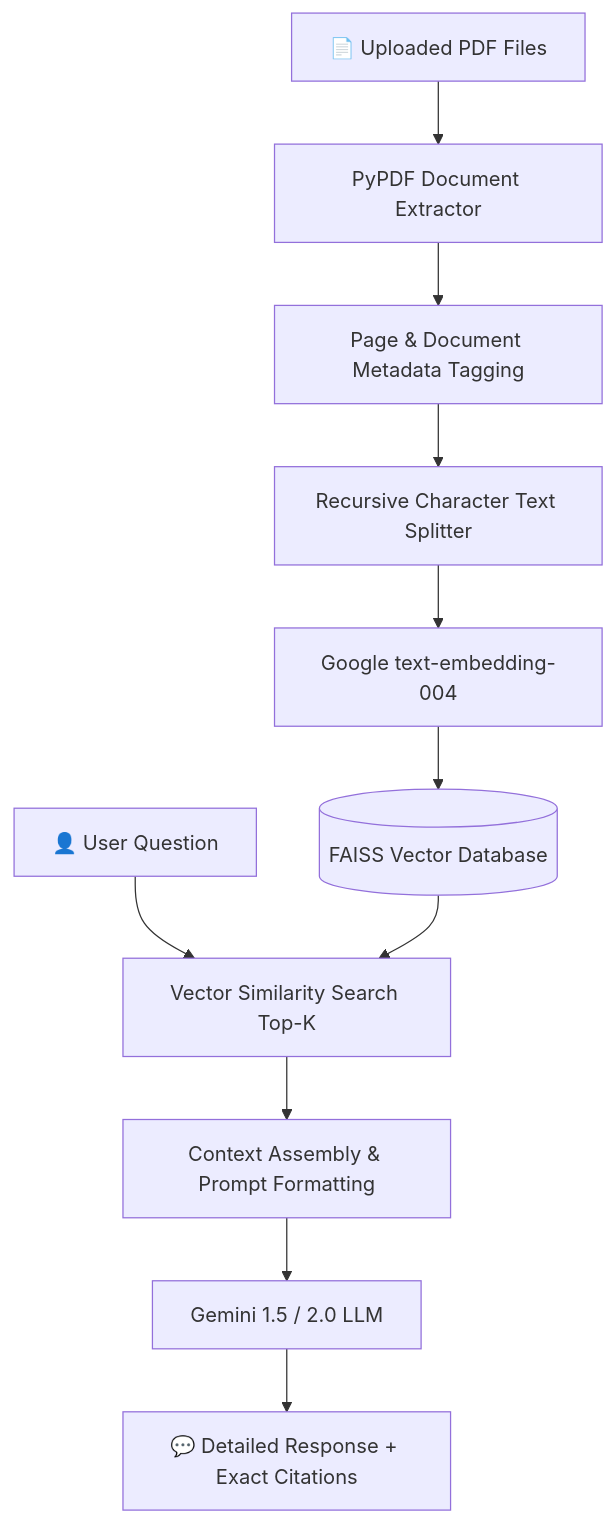
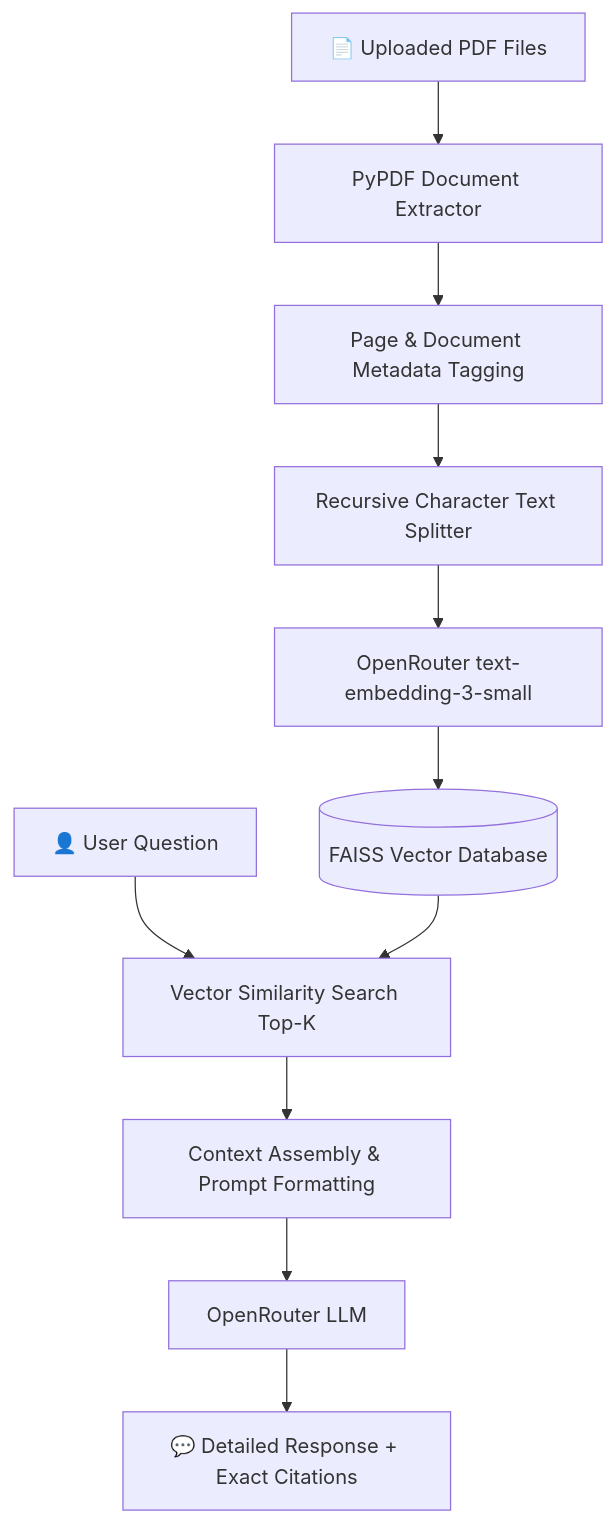
One commit to ruturajg4/ChatPDF changed the diagram in README.md. Above: the diagram before and after it, drawn with Mermaid. The commit also changed other lines of this file and 3 other files, not shown here.

Commit message:
feat: migrate entirely to OpenRouter, remove all Gemini keys and models

````diff
--- a/README.md
+++ b/README.md
@@ -27,14 +27,14 @@
 ```mermaid
 flowchart TD
     A[📄 Uploaded PDF Files] --> B[PyPDF Document Extractor]
     B --> C[Page & Document Metadata Tagging]
     C --> D[Recursive Character Text Splitter]
-    D --> E[Google text-embedding-004]
+    D --> E[OpenRouter text-embedding-3-small]
     E --> F[(FAISS Vector Database)]
     
     G[👤 User Question] --> H[Vector Similarity Search Top-K]
     F --> H
     H --> I[Context Assembly & Prompt Formatting]
-    I --> J[Gemini 1.5 / 2.0 LLM]
+    I --> J[OpenRouter LLM]
     J --> K[💬 Detailed Response + Exact Citations]
 ```
````
